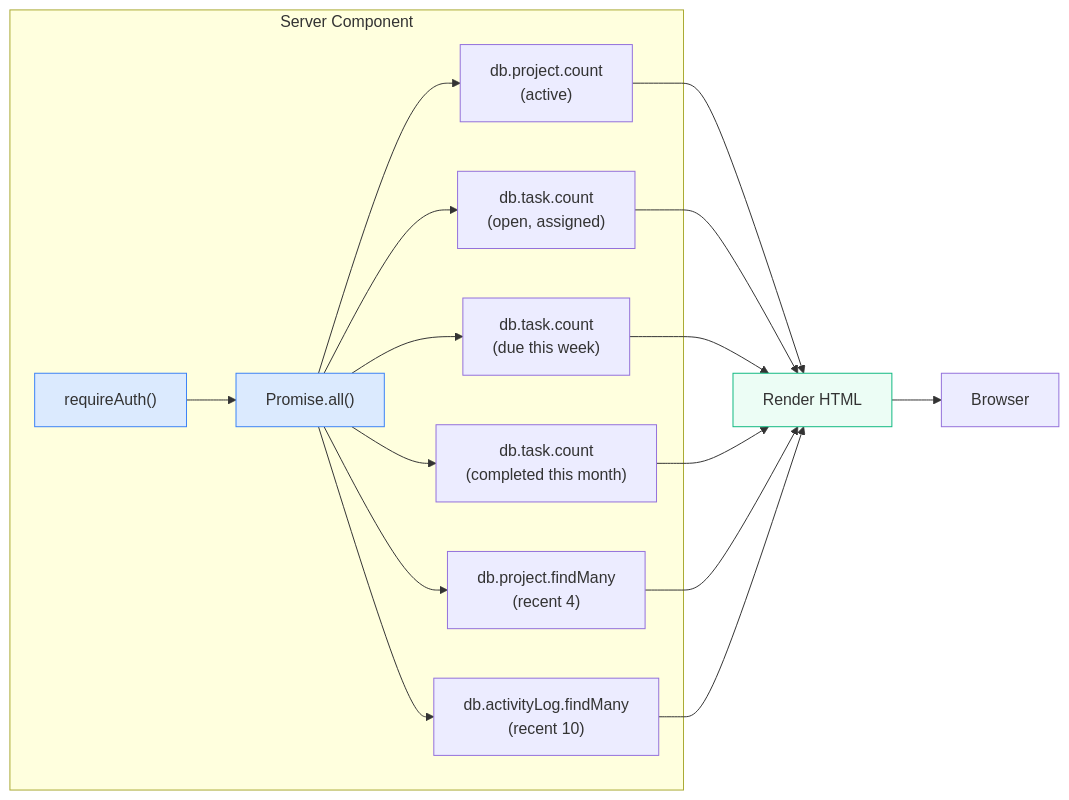
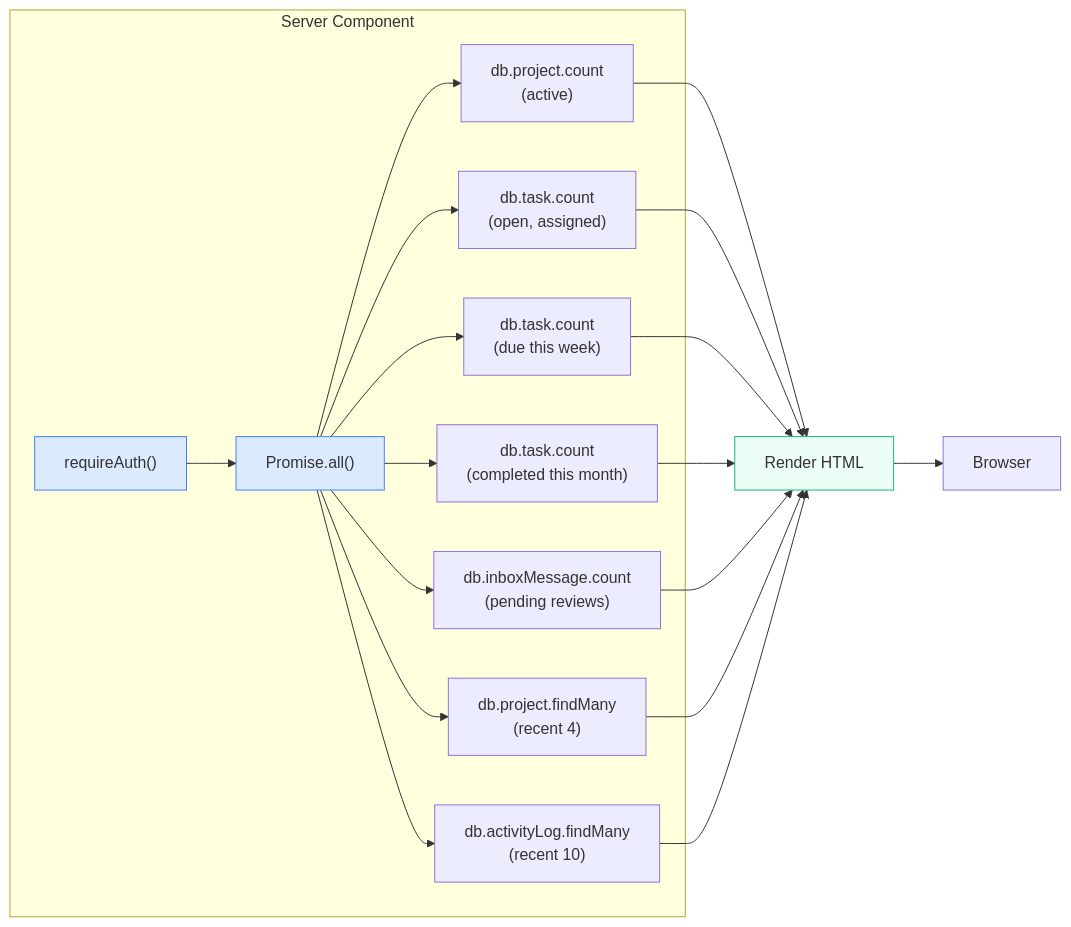
Before and after one commit to akbarherekar/QIapp: the eighth of 10 diagrams in docs/diagrams.md, drawn with Mermaid. The commit also changed other lines of this file and 27 other files, not shown here.

First line of the commit message:
Add AI-powered project inbox with Claude integration

````diff
--- a/docs/diagrams.md
+++ b/docs/diagrams.md
@@ -325,25 +356,27 @@
 ```mermaid
 flowchart LR
     subgraph "Server Component"
         A["requireAuth()"] --> B["Promise.all()"]
         B --> C1["db.project.count<br/>(active)"]
         B --> C2["db.task.count<br/>(open, assigned)"]
         B --> C3["db.task.count<br/>(due this week)"]
         B --> C4["db.task.count<br/>(completed this month)"]
-        B --> C5["db.project.findMany<br/>(recent 4)"]
-        B --> C6["db.activityLog.findMany<br/>(recent 10)"]
+        B --> C5["db.inboxMessage.count<br/>(pending reviews)"]
+        B --> C6["db.project.findMany<br/>(recent 4)"]
+        B --> C7["db.activityLog.findMany<br/>(recent 10)"]
     end
 
     C1 --> R["Render HTML"]
     C2 --> R
     C3 --> R
     C4 --> R
     C5 --> R
     C6 --> R
+    C7 --> R
 
     R --> Client["Browser"]
 
     style A fill:#dbeafe,stroke:#3b82f6
     style B fill:#dbeafe,stroke:#3b82f6
     style R fill:#ecfdf5,stroke:#10b981
 ```
````
